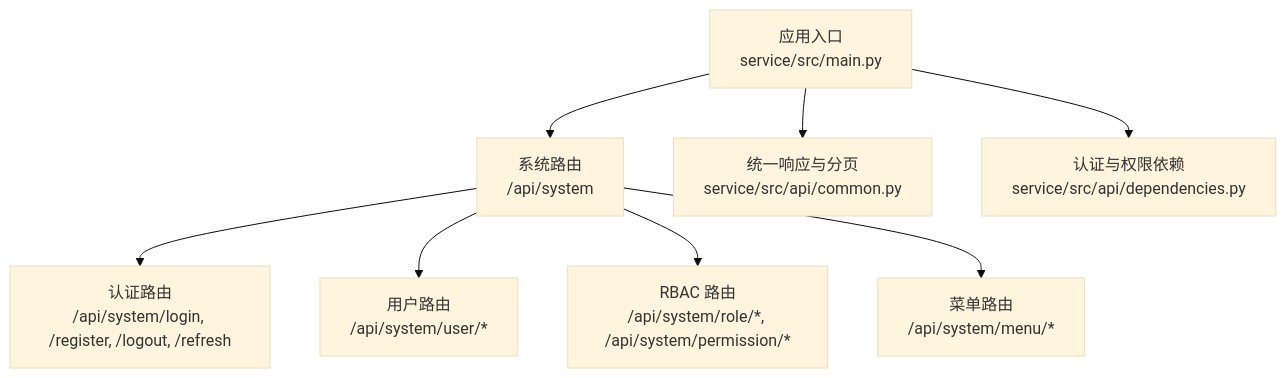
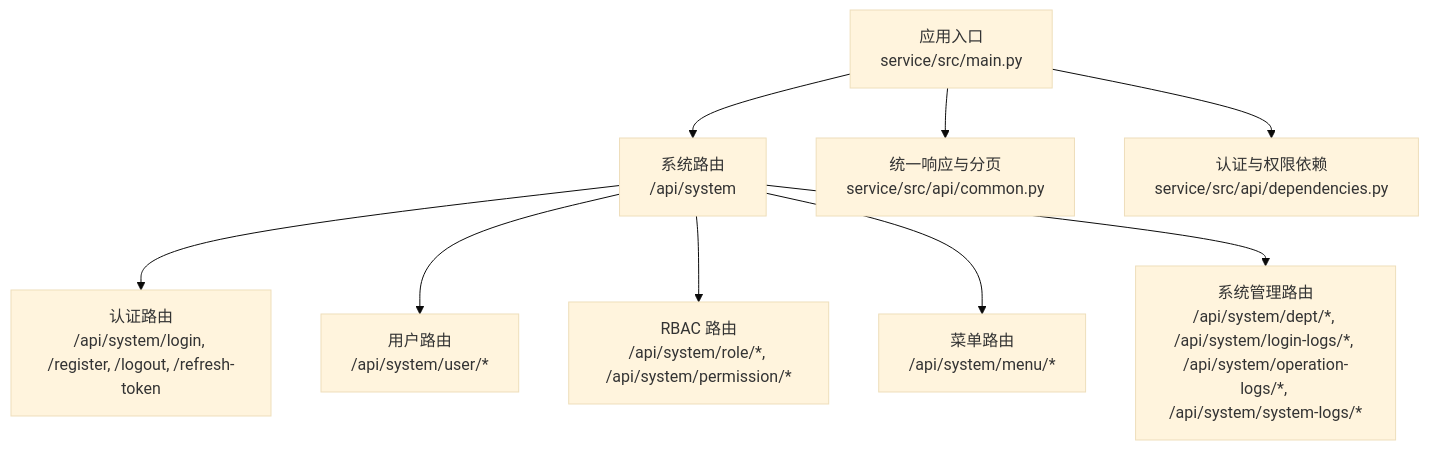
Before and after one commit to taoweidong/Hello-FastApi: the first of 4 diagrams in .qoder/repowiki/zh/content/API 接口文档/API 接口文档.md, drawn with Mermaid (base theme). The commit also changed other lines of this file and 9 other files, not shown here.

````diff
--- a/.qoder/repowiki/zh/content/API 接口文档/API 接口文档.md
+++ b/.qoder/repowiki/zh/content/API 接口文档/API 接口文档.md
@@ -43,10 +44,11 @@
 ```mermaid
 graph TB
 A["应用入口<br/>service/src/main.py"] --> B["系统路由<br/>/api/system"]
-B --> C["认证路由<br/>/api/system/login, /register, /logout, /refresh"]
+B --> C["认证路由<br/>/api/system/login, /register, /logout, /refresh-token"]
 B --> D["用户路由<br/>/api/system/user/*"]
 B --> E["RBAC 路由<br/>/api/system/role/*, /api/system/permission/*"]
 B --> F["菜单路由<br/>/api/system/menu/*"]
-A --> G["统一响应与分页<br/>service/src/api/common.py"]
-A --> H["认证与权限依赖<br/>service/src/api/dependencies.py"]
+B --> G["系统管理路由<br/>/api/system/dept/*, /api/system/login-logs/*, /api/system/operation-logs/*, /api/system/system-logs/*"]
+A --> H["统一响应与分页<br/>service/src/api/common.py"]
+A --> I["认证与权限依赖<br/>service/src/api/dependencies.py"]
 ```
````
